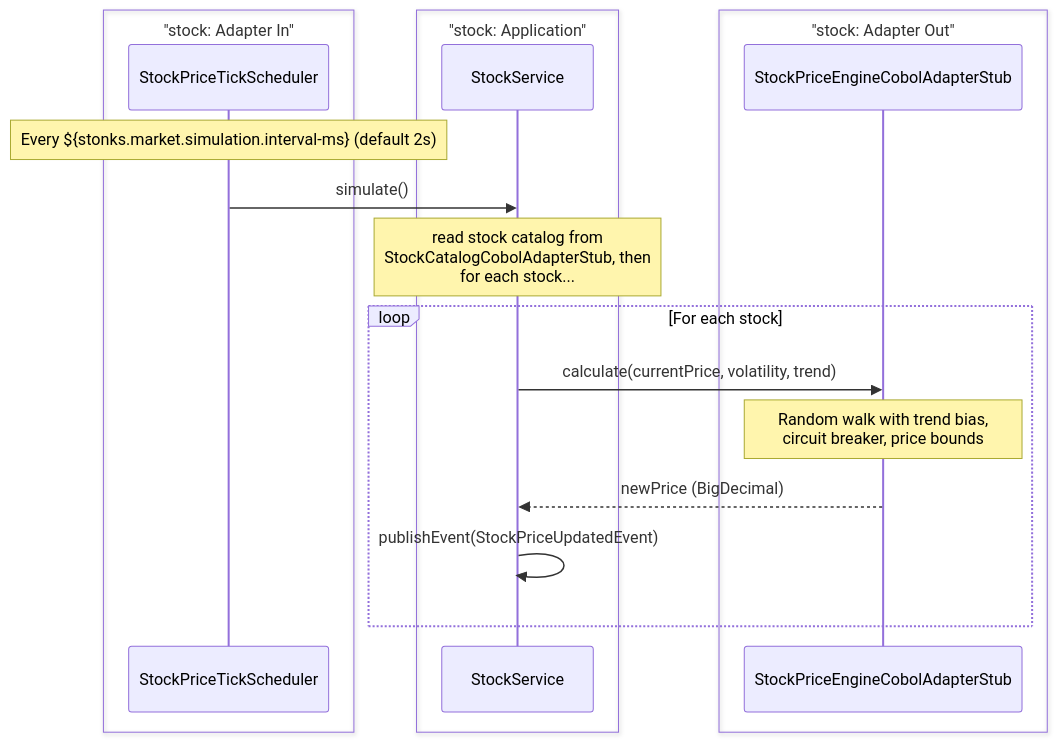
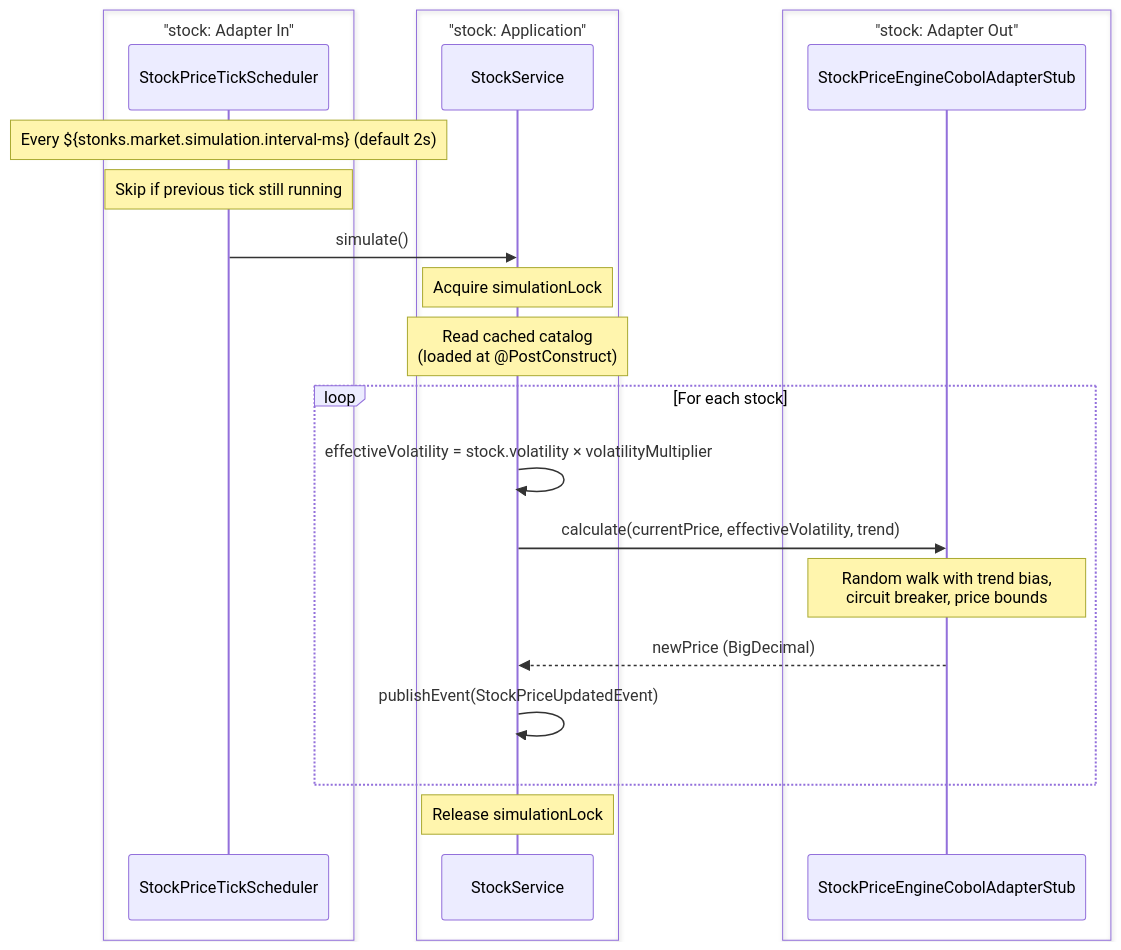
One commit to franBec/stonks-simulator changed the ninth of 22 diagrams in stonks_java/README.md. Above: the diagram before and after it, drawn with Mermaid. The commit also changed other lines of this file and 7 other files, not shown here.

First line of the commit message:
fix: resolve scheduling inconsistencies between chaos levels, price ticks, and COBOL timeouts

````diff
--- a/stonks_java/README.md
+++ b/stonks_java/README.md
@@ -450,22 +458,26 @@
 ```mermaid
 sequenceDiagram
     box "stock: Adapter In"
     participant Sched as StockPriceTickScheduler
     end
     box "stock: Application"
     participant SS as StockService
     end
     box "stock: Adapter Out"
     participant PES as StockPriceEngineCobolAdapterStub
     end
 
     Note over Sched: Every ${stonks.market.simulation.interval-ms} (default 2s)
+    Note over Sched: Skip if previous tick still running
     Sched->>SS: simulate()
-    Note over SS: read stock catalog from<br/>StockCatalogCobolAdapterStub, then<br/>for each stock...
+    Note over SS: Acquire simulationLock
+    Note over SS: Read cached catalog<br/>(loaded at @PostConstruct)
     loop For each stock
-        SS->>PES: calculate(currentPrice, volatility, trend)
+        SS->>SS: effectiveVolatility = stock.volatility × volatilityMultiplier
+        SS->>PES: calculate(currentPrice, effectiveVolatility, trend)
         Note over PES: Random walk with trend bias,<br/>circuit breaker, price bounds
         PES-->>SS: newPrice (BigDecimal)
         SS->>SS: publishEvent(StockPriceUpdatedEvent)
     end
+    Note over SS: Release simulationLock
 ```
````
